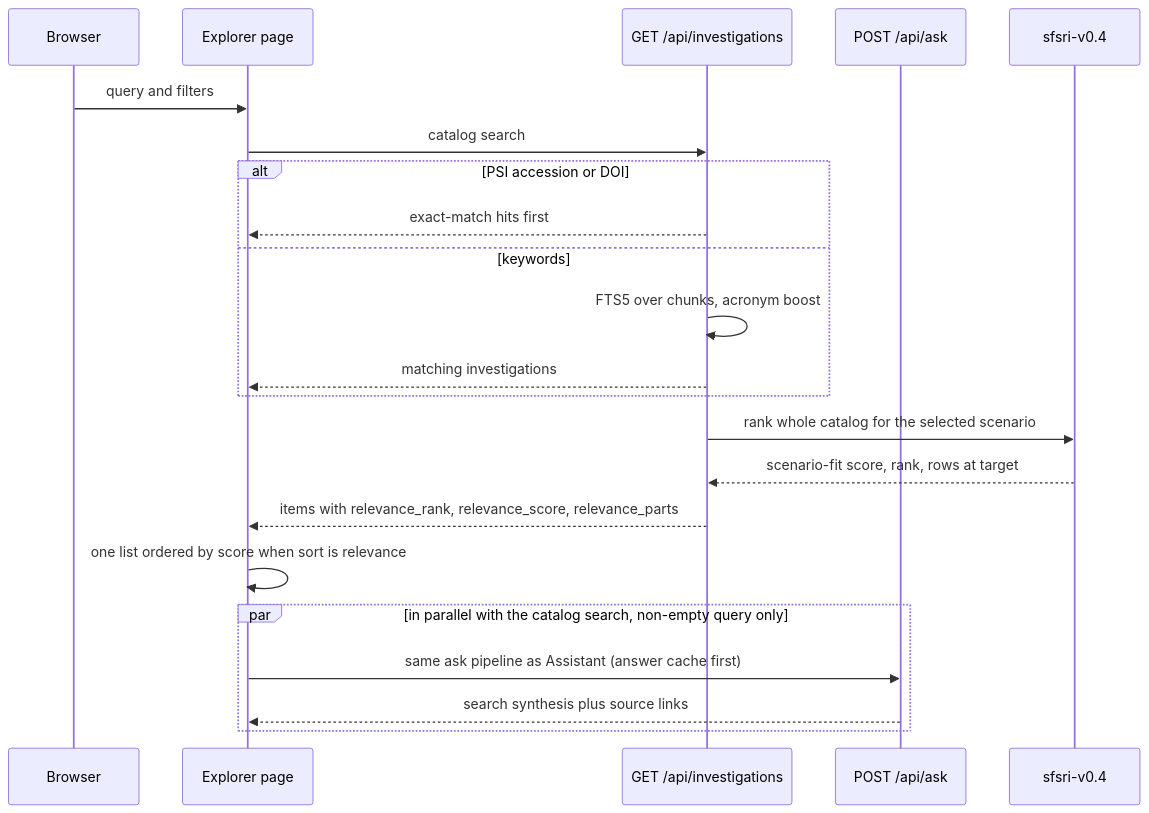
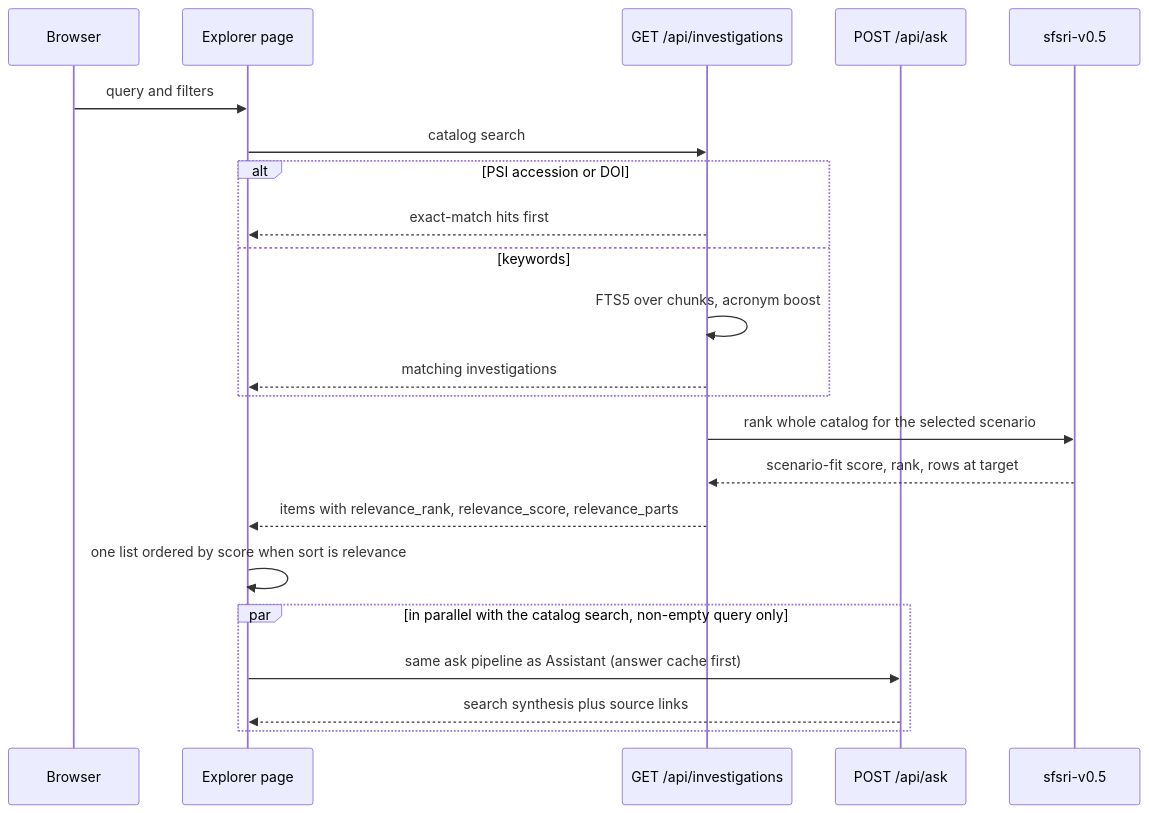
Before and after one commit to Rafat001/spaceapps-flame-in-freefall: the third of 3 diagrams in DESIGN.md, drawn with Mermaid. The commit also changed other lines of this file and 16 other files, not shown here.

````diff
--- a/DESIGN.md
+++ b/DESIGN.md
@@ -193,25 +193,25 @@
 ```mermaid
 sequenceDiagram
   participant B as Browser
   participant W as Explorer page
   participant C as GET /api/investigations
   participant S as POST /api/ask
-  participant Rank as sfsri-v0.4
+  participant Rank as sfsri-v0.5
 
   B->>W: query and filters
   W->>C: catalog search
   alt PSI accession or DOI
     C-->>W: exact-match hits first
   else keywords
     C->>C: FTS5 over chunks, acronym boost
     C-->>W: matching investigations
   end
   C->>Rank: rank whole catalog for the selected scenario
   Rank-->>C: scenario-fit score, rank, rows at target
   C-->>W: items with relevance_rank, relevance_score, relevance_parts
   W->>W: one list ordered by score when sort is relevance
   par in parallel with the catalog search, non-empty query only
     W->>S: same ask pipeline as Assistant (answer cache first)
     S-->>W: search synthesis plus source links
   end
 ```
````
